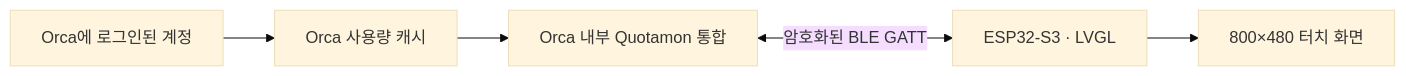
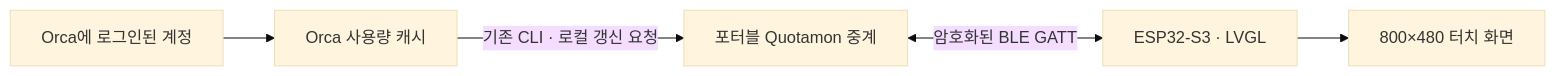
The diagram in README.md (guyster323/ESP32_7inch_Quotamon), drawn with Mermaid (base theme) before and after one commit. The commit also changed other lines of this file and 41 other files, not shown here.

````diff
--- a/README.md
+++ b/README.md
@@ -67,7 +78,7 @@
 ```mermaid
 flowchart LR
     A[Orca에 로그인된 계정] --> B[Orca 사용량 캐시]
-    B --> C[Orca 내부 Quotamon 통합]
+    B -->|기존 CLI · 로컬 갱신 요청| C[포터블 Quotamon 중계]
     C <-->|암호화된 BLE GATT| D[ESP32-S3 · LVGL]
     D --> E[800×480 터치 화면]
 ```
````
